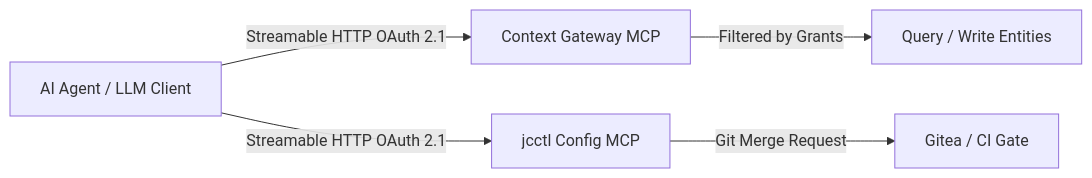
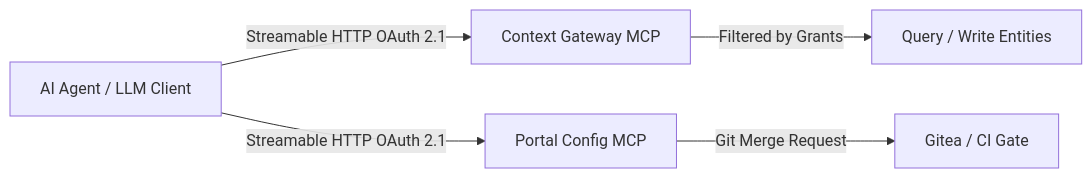
The diagram in Development/07-mcp-and-agents.md (marek-mraz-jc/joinedcontext-docs), drawn with Mermaid before and after one commit. The commit also changed other lines of this file and 3 other files, not shown here.

````diff
--- a/Development/07-mcp-and-agents.md
+++ b/Development/07-mcp-and-agents.md
@@ -15,8 +15,8 @@
 ```mermaid
 flowchart LR
     Agent[AI Agent / LLM Client] -->|Streamable HTTP OAuth 2.1| GatewayMCP[Context Gateway MCP]
-    Agent -->|Streamable HTTP OAuth 2.1| CityctlMCP[jcctl Config MCP]
+    Agent -->|Streamable HTTP OAuth 2.1| PortalMCP[Portal Config MCP]
 
     GatewayMCP -->|Filtered by Grants| Data[Query / Write Entities]
-    CityctlMCP -->|Git Merge Request| Forge[Gitea / CI Gate]
+    PortalMCP -->|Git Merge Request| Forge[Gitea / CI Gate]
 ```
````
